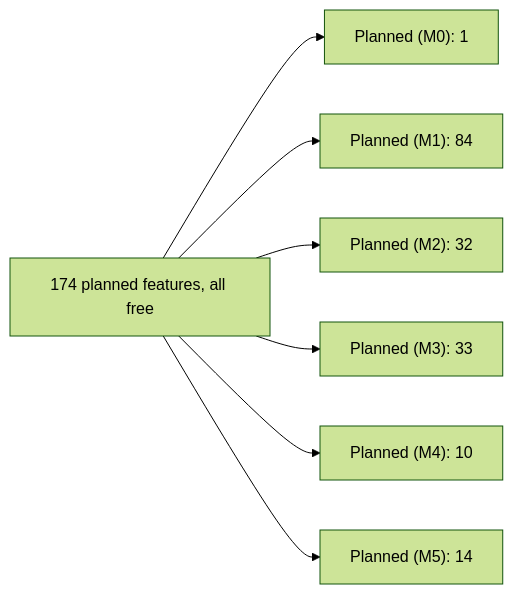
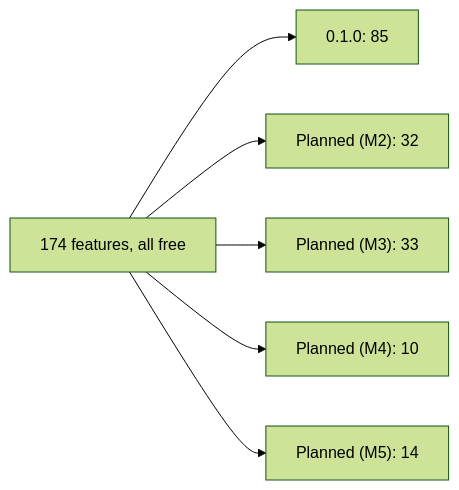
The second of 2 diagrams in docs/features/01-feature-catalog.md (ravindu-rev/ruralz), drawn with Mermaid (forest theme) before and after one commit. The commit also changed other lines of this file and 16 other files, not shown here.

````diff
--- a/docs/features/01-feature-catalog.md
+++ b/docs/features/01-feature-catalog.md
@@ -350,9 +350,8 @@
 ```mermaid
 flowchart LR
-    C["174 planned features, all free"] --> M0["Planned (M0): 1"]
-    C --> M1["Planned (M1): 84"]
+    C["174 features, all free"] --> R["0.1.0: 85"]
     C --> M2["Planned (M2): 32"]
     C --> M3["Planned (M3): 33"]
     C --> M4["Planned (M4): 10"]
     C --> M5["Planned (M5): 14"]
 ```
````
